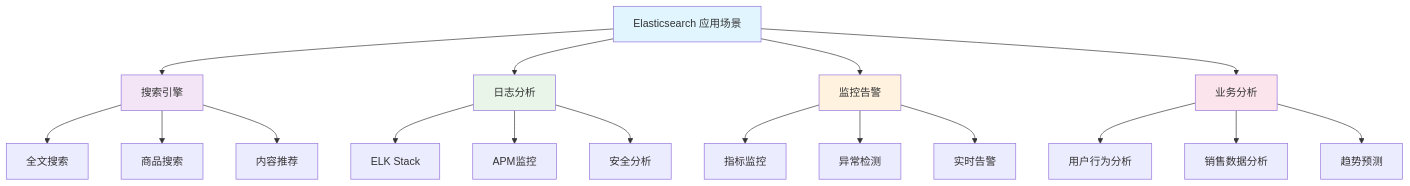
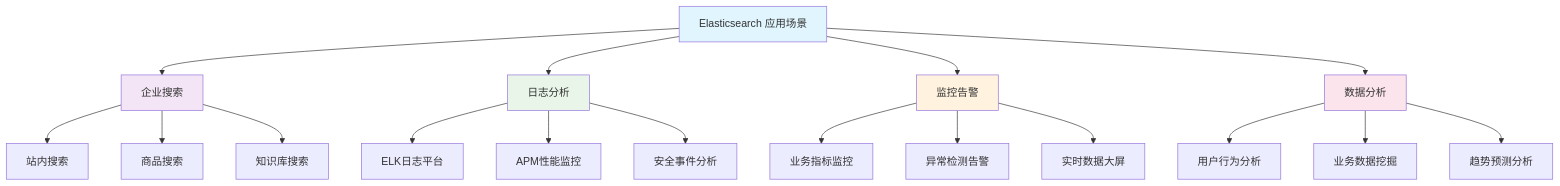
Before and after one commit to ralph-wren/TechStack-Handbook: the first of 30 diagrams in 32.elasticsearch.md, drawn with Mermaid. The commit also changed other lines of this file and 2 other files, not shown here.

````diff
--- a/32.elasticsearch.md
+++ b/32.elasticsearch.md
@@ -83,29 +90,29 @@
 ```mermaid
 graph TB
-    A["Elasticsearch 应用场景"] --> B["搜索引擎"]
+    A["Elasticsearch 应用场景"] --> B["企业搜索"]
     A --> C["日志分析"]
     A --> D["监控告警"]
-    A --> E["业务分析"]
+    A --> E["数据分析"]
     
-    B --> B1["全文搜索"]
+    B --> B1["站内搜索"]
     B --> B2["商品搜索"]
-    B --> B3["内容推荐"]
+    B --> B3["知识库搜索"]
     
-    C --> C1["ELK Stack"]
-    C --> C2["APM监控"]
-    C --> C3["安全分析"]
+    C --> C1["ELK日志平台"]
+    C --> C2["APM性能监控"]
+    C --> C3["安全事件分析"]
     
-    D --> D1["指标监控"]
-    D --> D2["异常检测"]
-    D --> D3["实时告警"]
+    D --> D1["业务指标监控"]
+    D --> D2["异常检测告警"]
+    D --> D3["实时数据大屏"]
     
     E --> E1["用户行为分析"]
-    E --> E2["销售数据分析"]
-    E --> E3["趋势预测"]
+    E --> E2["业务数据挖掘"]
+    E --> E3["趋势预测分析"]
     
     style A fill:#e1f5fe
     style B fill:#f3e5f5
     style C fill:#e8f5e8
     style D fill:#fff3e0
     style E fill:#fce4ec
 ```
````
